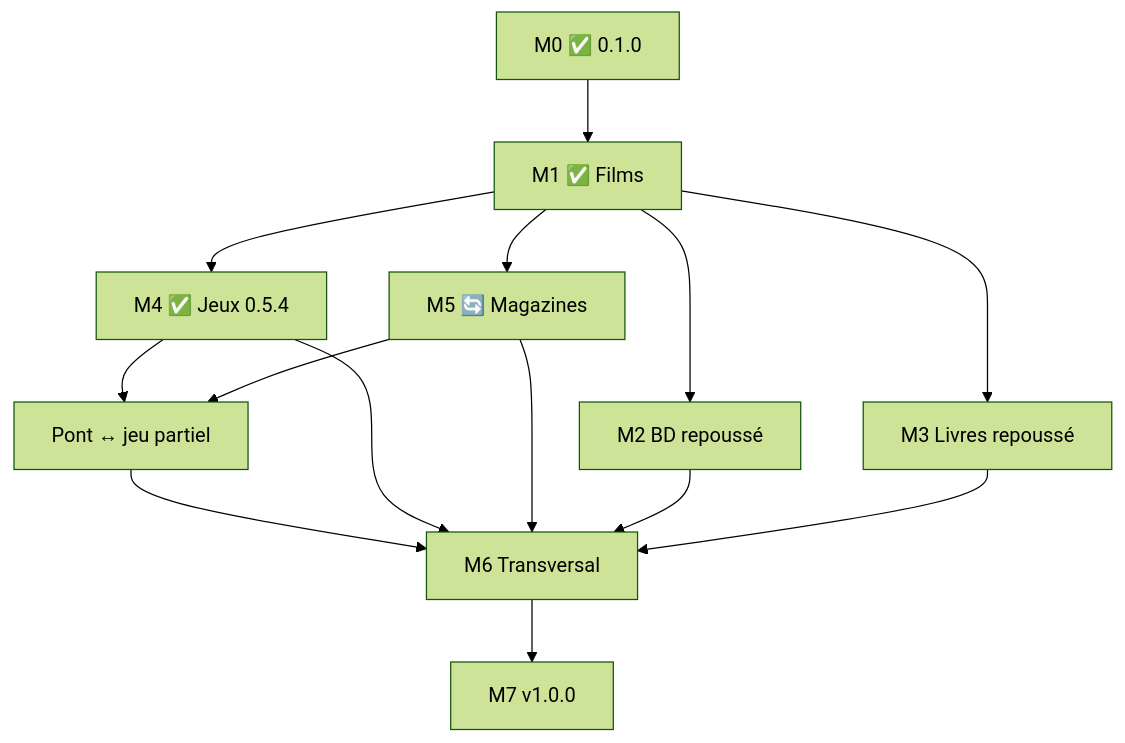
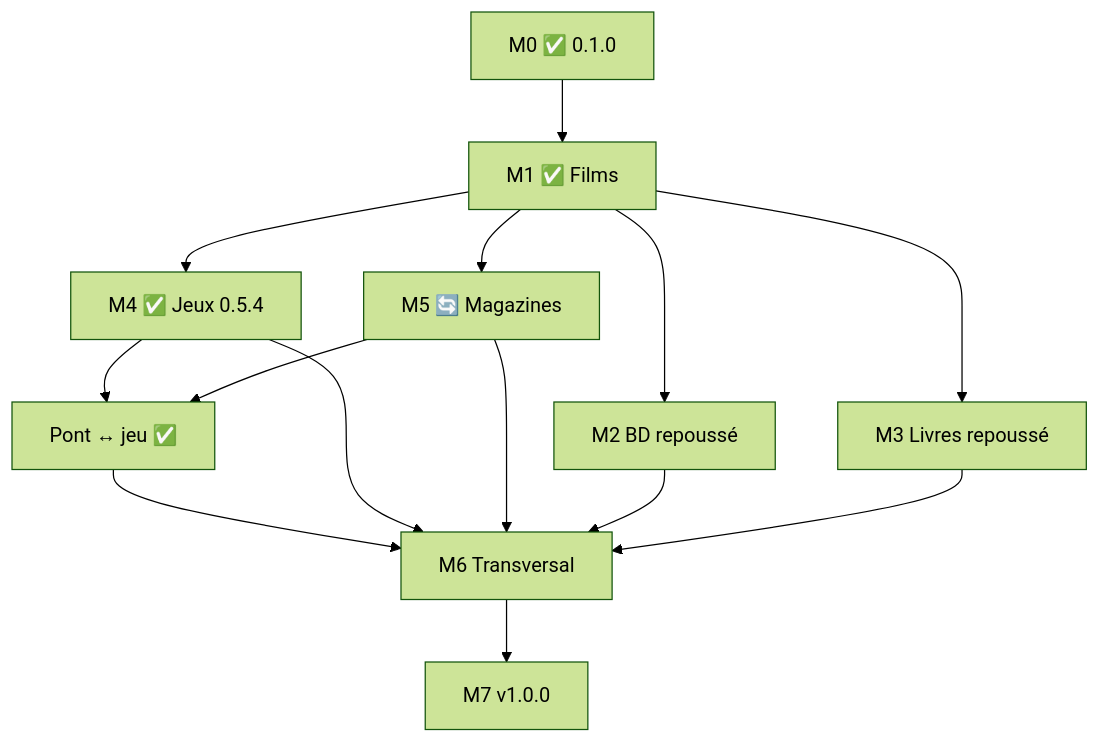
One commit to daryl40000/mediatheque changed the second of 2 diagrams in ROADMAP.md. Above: the diagram before and after it, drawn with Mermaid (forest theme). The commit also changed other lines of this file and 23 other files, not shown here.

````diff
--- a/ROADMAP.md
+++ b/ROADMAP.md
@@ -353,16 +355,16 @@
 ```mermaid
 flowchart TB
   M0[M0 ✅ 0.1.0] --> M1[M1 ✅ Films]
   M1 --> M4[M4 ✅ Jeux 0.5.4]
   M1 --> M5[M5 🔄 Magazines]
-  M4 --> XPont[Pont ↔ jeu partiel]
+  M4 --> XPont[Pont ↔ jeu ✅]
   M5 --> XPont
   XPont --> M6[M6 Transversal]
   M4 --> M6
   M5 --> M6
   M1 --> M2[M2 BD repoussé]
   M1 --> M3[M3 Livres repoussé]
   M2 --> M6
   M3 --> M6
   M6 --> M7[M7 v1.0.0]
 ```
````
